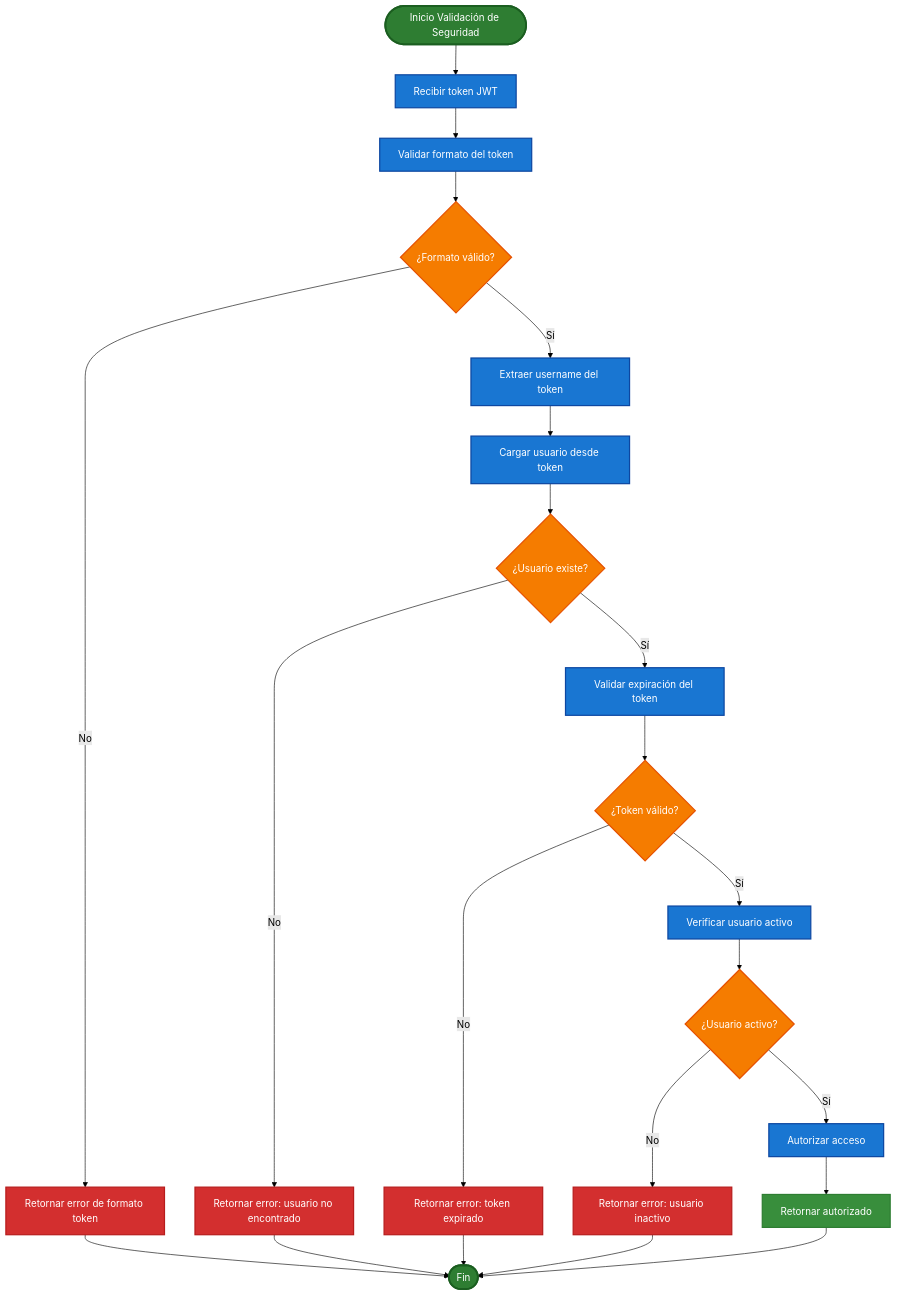
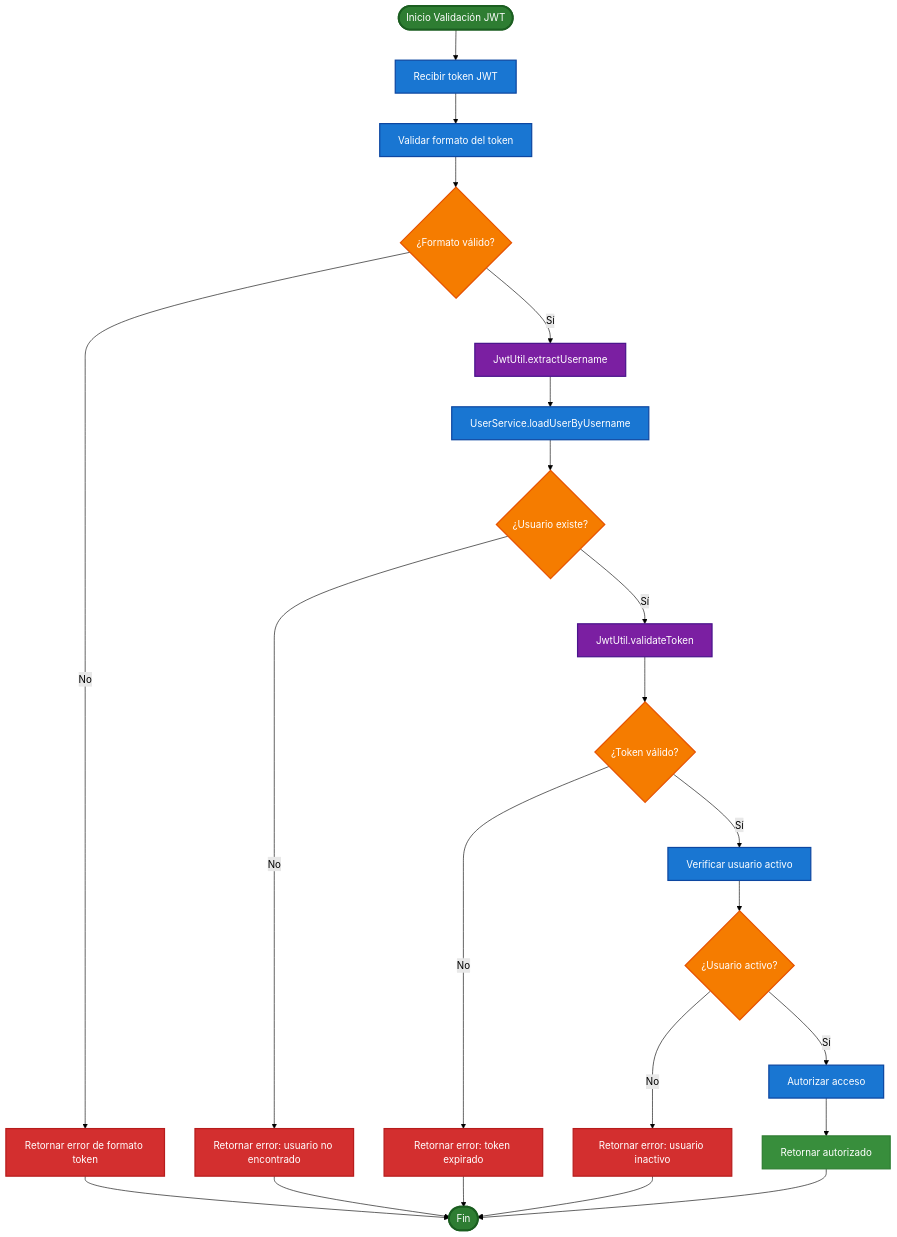
Before and after one commit to AlexisFDavis/TryRepo: the sixth of 6 diagrams in BPMN.md, drawn with Mermaid (forest theme). The commit also changed other lines of this file, not shown here.

````diff
--- a/BPMN.md
+++ b/BPMN.md
@@ -261,37 +325,39 @@
 ```mermaid
 flowchart TD
-    StartSecurity([Inicio Validación de Seguridad]) --> ReceiveToken[Recibir token JWT]
+    StartSecurity([Inicio Validación JWT]) --> ReceiveToken[Recibir token JWT]
     ReceiveToken --> ValidateTokenFormat[Validar formato del token]
     ValidateTokenFormat --> TokenFormatOK{¿Formato válido?}
     TokenFormatOK -->|No| ReturnTokenFormatError[Retornar error de formato token]
-    TokenFormatOK -->|Sí| ExtractUsername[Extraer username del token]
-    ExtractUsername --> LoadUserFromToken[Cargar usuario desde token]
+    TokenFormatOK -->|Sí| ExtractUsername[JwtUtil.extractUsername]
+    ExtractUsername --> LoadUserFromToken[UserService.loadUserByUsername]
     LoadUserFromToken --> UserExists{¿Usuario existe?}
     UserExists -->|No| ReturnUserNotFound[Retornar error: usuario no encontrado]
-    UserExists -->|Sí| ValidateTokenExpiry[Validar expiración del token]
+    UserExists -->|Sí| ValidateTokenExpiry[JwtUtil.validateToken]
     ValidateTokenExpiry --> TokenValid{¿Token válido?}
     TokenValid -->|No| ReturnTokenExpired[Retornar error: token expirado]
     TokenValid -->|Sí| CheckUserActive[Verificar usuario activo]
     CheckUserActive --> UserActiveSec{¿Usuario activo?}
     UserActiveSec -->|No| ReturnUserInactive[Retornar error: usuario inactivo]
     UserActiveSec -->|Sí| AuthorizeAccess[Autorizar acceso]
     AuthorizeAccess --> ReturnAuthorized[Retornar autorizado]
     
     ReturnTokenFormatError --> EndSecurity([Fin])
     ReturnUserNotFound --> EndSecurity
     ReturnTokenExpired --> EndSecurity
     ReturnUserInactive --> EndSecurity
     ReturnAuthorized --> EndSecurity
     
     classDef startEnd fill:#2E7D32,stroke:#1B5E20,stroke-width:3px,color:#FFFFFF
     classDef process fill:#1976D2,stroke:#0D47A1,stroke-width:2px,color:#FFFFFF
     classDef decision fill:#F57C00,stroke:#E65100,stroke-width:2px,color:#FFFFFF
     classDef error fill:#D32F2F,stroke:#B71C1C,stroke-width:2px,color:#FFFFFF
     classDef success fill:#388E3C,stroke:#2E7D32,stroke-width:2px,color:#FFFFFF
+    classDef security fill:#7B1FA2,stroke:#4A148C,stroke-width:2px,color:#FFFFFF
     
     class StartSecurity,EndSecurity startEnd
     class ReceiveToken,ValidateTokenFormat,ExtractUsername,LoadUserFromToken,ValidateTokenExpiry,CheckUserActive,AuthorizeAccess process
     class TokenFormatOK,UserExists,TokenValid,UserActiveSec decision
     class ReturnTokenFormatError,ReturnUserNotFound,ReturnTokenExpired,ReturnUserInactive error
     class ReturnAuthorized success
+    class ExtractUsername,ValidateTokenExpiry security
 ```
````
